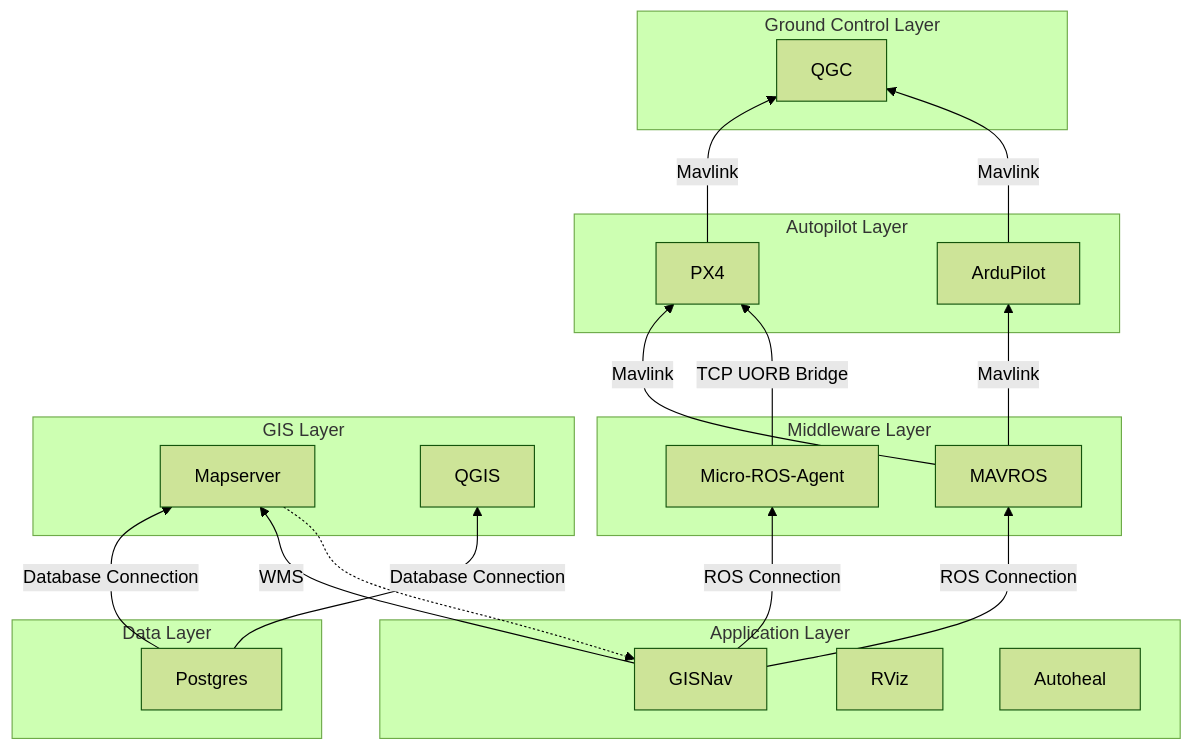
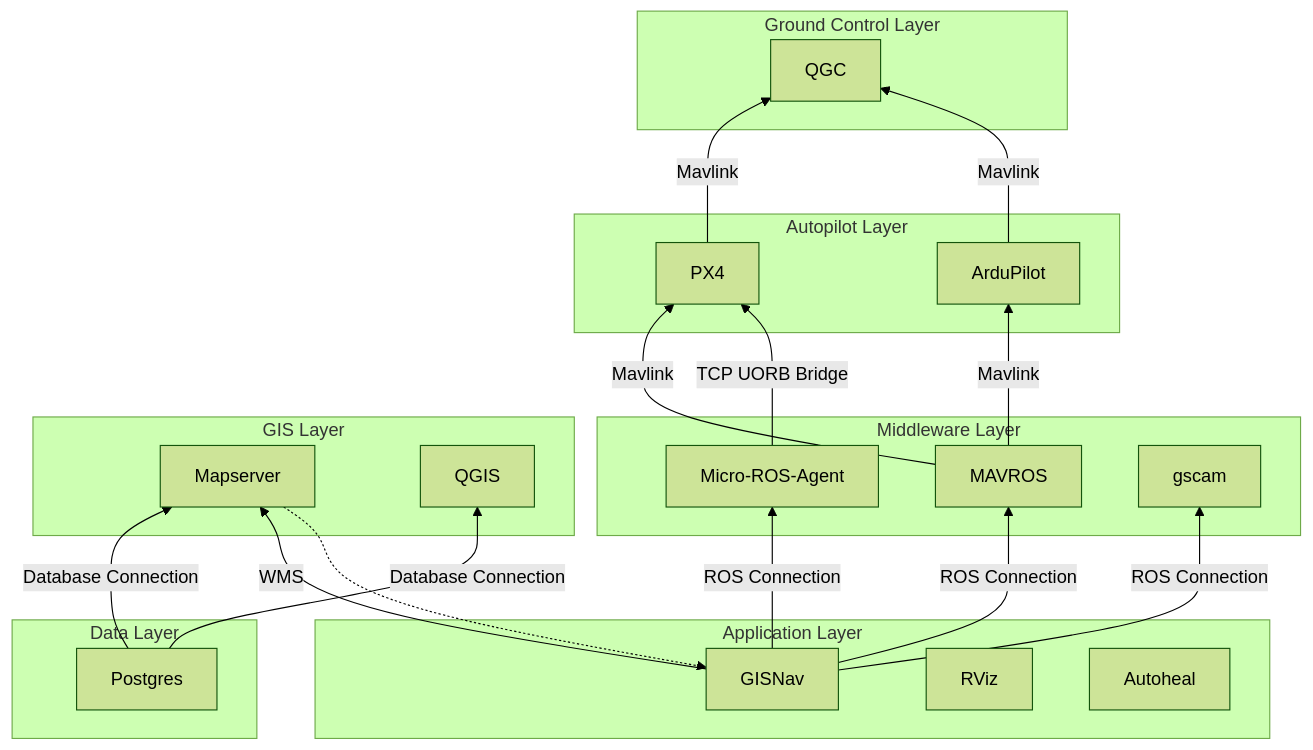
Before and after one commit to hmakelin/gisnav: the diagram in docs/pages/developer_guide/offboard/docker_compose.rst, drawn with Mermaid (forest theme). The commit also changed 3 other files, not shown here.

```diff
--- a/docs/pages/developer_guide/offboard/docker_compose.rst
+++ b/docs/pages/developer_guide/offboard/docker_compose.rst
@@ -71,45 +71,47 @@
 .. mermaid::
 
     graph BT
         subgraph ground_control_layer["Ground Control Layer"]
             qgc[QGC]
         end
 
         subgraph autopilot_layer["Autopilot Layer"]
             px4[PX4]
             ardupilot[ArduPilot]
         end
 
         subgraph middleware_layer["Middleware Layer"]
             micro_ros_agent[Micro-ROS-Agent]
             mavros[MAVROS]
+            gscam[gscam]
         end
 
         subgraph application_layer["Application Layer"]
             gisnav[GISNav]
             rviz[RViz]
             autoheal[Autoheal]
         end
 
         subgraph gis_layer["GIS Layer"]
             mapserver[Mapserver]
             qgis[QGIS]
         end
 
         subgraph data_layer["Data Layer"]
             postgres[Postgres]
         end
 
         postgres -->|Database Connection| mapserver
         postgres -->|Database Connection| qgis
 
         mapserver -.-> gisnav
         gisnav -->|WMS| mapserver
         gisnav -->|ROS Connection| mavros
         gisnav -->|ROS Connection| micro_ros_agent
+        gisnav -->|ROS Connection| gscam
 
         mavros -->|Mavlink| ardupilot
         mavros -->|Mavlink| px4
         micro_ros_agent -->|"TCP UORB Bridge"| px4
         px4 -->|Mavlink| qgc
         ardupilot -->|Mavlink| qgc
```
